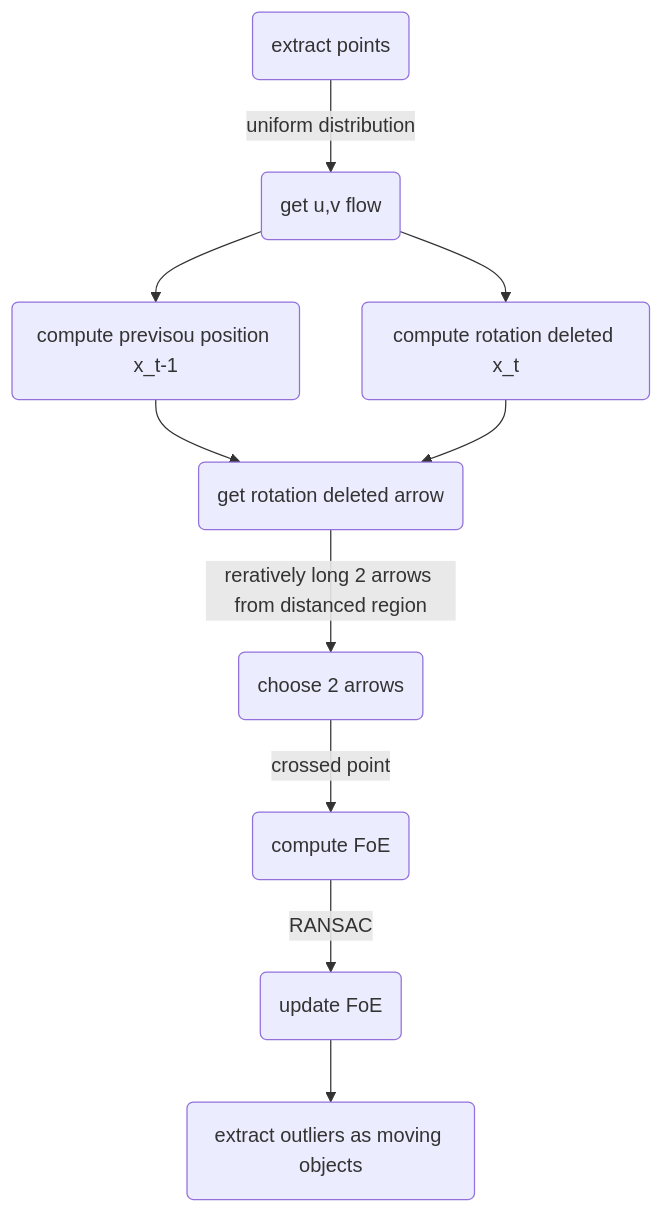
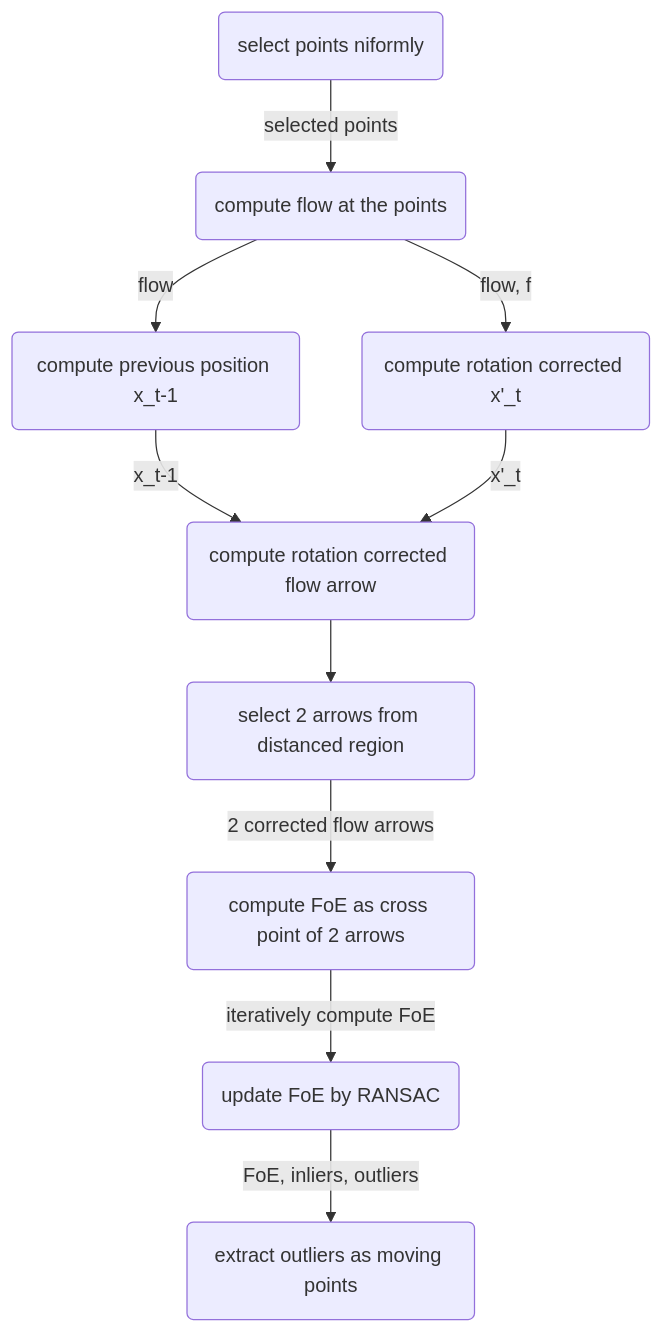
Before and after one commit to MasahiroOgawa/reconstruct4D: the diagram in doc/flowchart.mmd, drawn with Mermaid. The commit also changed 1 other file, not shown here.

Commit message:
create compute_foe.py file.

```diff
--- a/doc/flowchart.mmd
+++ b/doc/flowchart.mmd
@@ -1,10 +1,10 @@
 flowchart TD
-    A(extract points) -->|uniform distribution| B(get u,v flow)
-    B --> C(compute previsou position x_t-1)
-    B --> D(compute rotation deleted x_t)
-    C --> E(get rotation deleted arrow)
-    D --> E
-    E --> |reratively long 2 arrows from distanced region| F(choose 2 arrows)
-    F --> |crossed point| G(compute FoE)
-    G --> |RANSAC| H(update FoE)
-    H --> I(extract outliers as moving objects)
+    A(select points niformly ) -->|selected points| B(compute flow at the points)
+    B --> |flow| C(compute previous position x_t-1)
+    B --> |flow, f| D(compute rotation corrected x'_t)
+    C --> |x_t-1| E(compute rotation corrected flow arrow)
+    D --> |x'_t| E
+    E --> F(select 2 arrows from distanced region)
+    F --> |2 corrected flow arrows| G(compute FoE as cross point of 2 arrows)
+    G --> |iteratively compute FoE| H(update FoE by RANSAC)
+    H --> |FoE, inliers, outliers| I(extract outliers as moving points)
```
